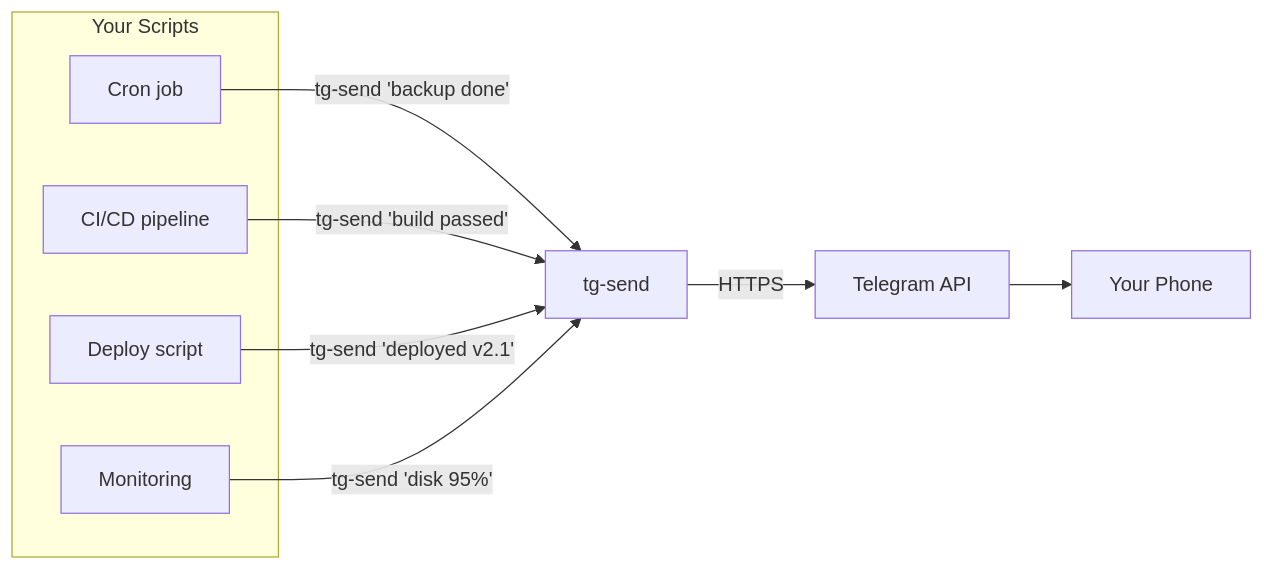
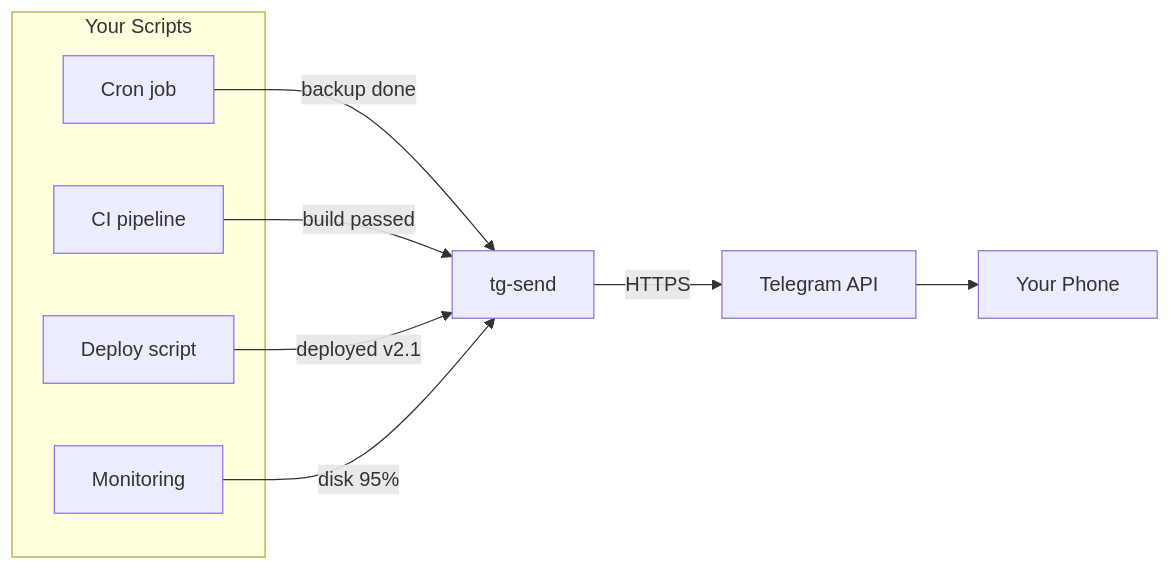
The second of 11 diagrams in README.md (geekychris/telegram_runner), drawn with Mermaid before and after one commit. The commit also changed other lines of this file, not shown here.

First line of the commit message:
Fix all Mermaid diagrams for GitHub rendering

````diff
--- a/README.md
+++ b/README.md
@@ -387,20 +387,20 @@
 ```mermaid
 graph LR
-    subgraph Your Scripts
+    subgraph Scripts["Your Scripts"]
         CRON["Cron job"]
-        CI["CI/CD pipeline"]
+        CI["CI pipeline"]
         DEPLOY["Deploy script"]
         MONITOR["Monitoring"]
     end
 
     TGSEND["tg-send"]
     API["Telegram API"]
     PHONE["Your Phone"]
 
-    CRON -->|"tg-send 'backup done'"| TGSEND
-    CI -->|"tg-send 'build passed'"| TGSEND
-    DEPLOY -->|"tg-send 'deployed v2.1'"| TGSEND
-    MONITOR -->|"tg-send 'disk 95%'"| TGSEND
-    TGSEND -->|HTTPS| API
+    CRON -->|"backup done"| TGSEND
+    CI -->|"build passed"| TGSEND
+    DEPLOY -->|"deployed v2.1"| TGSEND
+    MONITOR -->|"disk 95%"| TGSEND
+    TGSEND -->|"HTTPS"| API
     API --> PHONE
 ```
````
